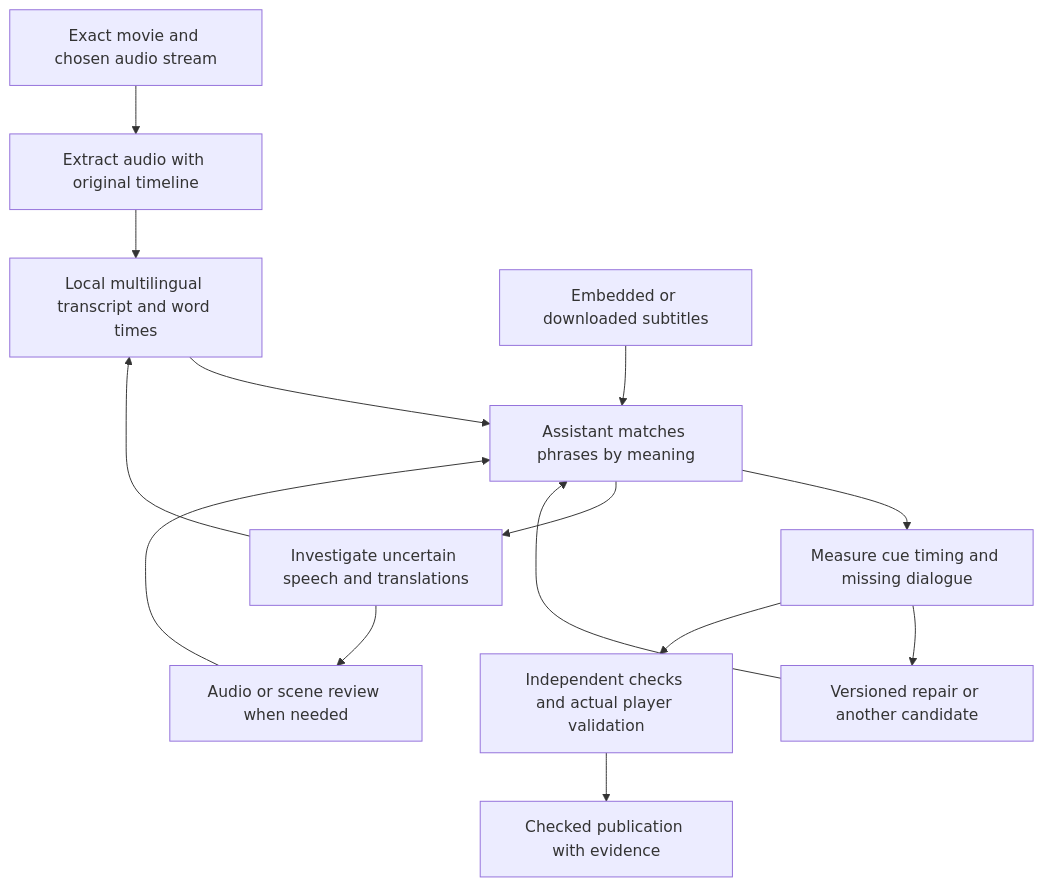
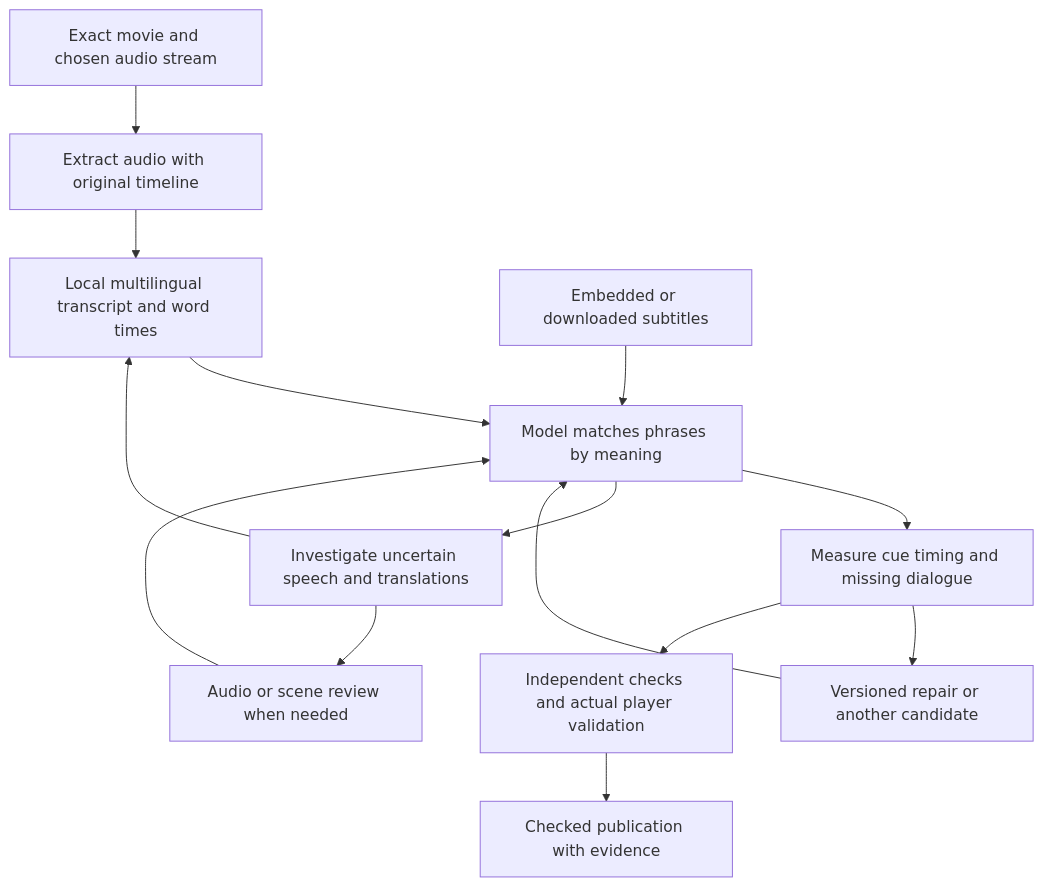
The diagram in docs/SUBTITLE_PLAN.md (sf-chris/sparrow), drawn with Mermaid before and after one commit. The commit also changed other lines of this file and 86 other files, not shown here.

````diff
--- a/docs/SUBTITLE_PLAN.md
+++ b/docs/SUBTITLE_PLAN.md
@@ -59,16 +59,16 @@
 ```mermaid
 flowchart TD
     A[Exact movie and chosen audio stream] --> B[Extract audio with original timeline]
     B --> C[Local multilingual transcript and word times]
-    D[Embedded or downloaded subtitles] --> E[Assistant matches phrases by meaning]
+    D[Embedded or downloaded subtitles] --> E[Model matches phrases by meaning]
     C --> E
     E --> F[Measure cue timing and missing dialogue]
     F --> G[Versioned repair or another candidate]
     G --> E
     E --> H[Investigate uncertain speech and translations]
     H --> C
     H --> I[Audio or scene review when needed]
     I --> E
     F --> J[Independent checks and actual player validation]
     J --> K[Checked publication with evidence]
 ```
````
